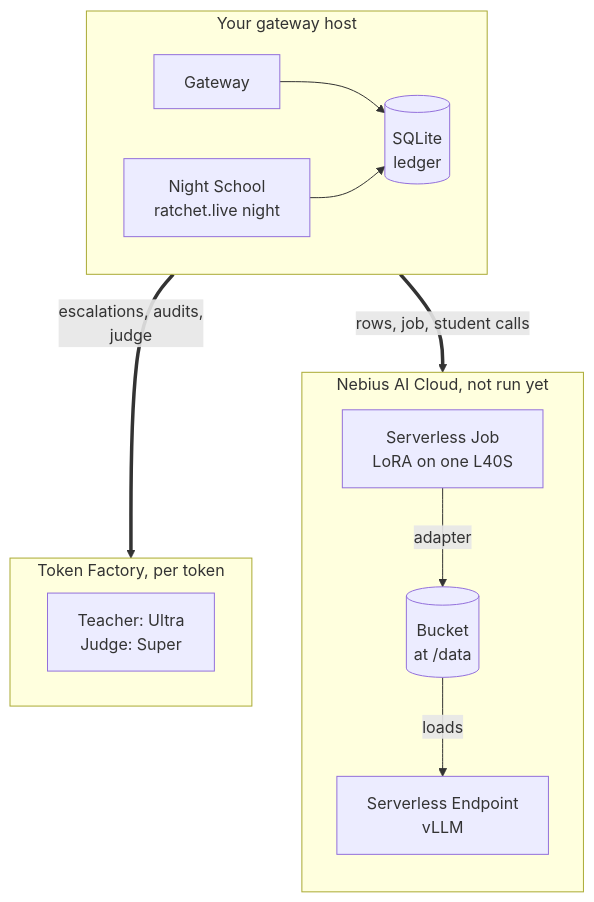
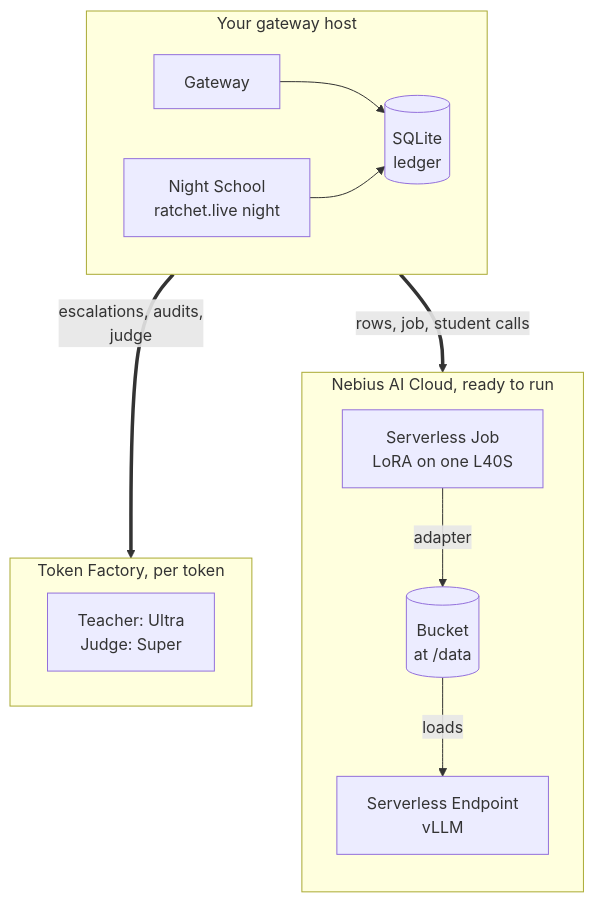
One commit to harshbhx/ratchet changed the first of 4 diagrams in docs-site/src/content/docs/guides/training-on-your-data.mdx. Above: the diagram before and after it, drawn with Mermaid. The commit also changed other lines of this file and 112 other files, not shown here.

````diff
--- a/docs-site/src/content/docs/guides/training-on-your-data.mdx
+++ b/docs-site/src/content/docs/guides/training-on-your-data.mdx
@@ -84,24 +84,24 @@
 ```mermaid
 flowchart TB
   subgraph Host["Your gateway host"]
     direction LR
     GW["Gateway"] --> DB[("SQLite<br/>ledger")]
     NS["Night School<br/>ratchet.live night"] --> DB
   end
   subgraph TF["Token Factory, per token"]
     TEA["Teacher: Ultra<br/>Judge: Super"]
   end
-  subgraph Neb["Nebius AI Cloud, not run yet"]
+  subgraph Neb["Nebius AI Cloud, ready to run"]
     direction TB
     JOB["Serverless Job<br/>LoRA on one L40S"] -->|"adapter"| BK[("Bucket<br/>at /data")]
     BK -->|"loads"| EP["Serverless Endpoint<br/>vLLM"]
   end
   Host ==>|"escalations, audits,<br/>judge"| TF
   Host ==>|"rows, job, student calls"| Neb
 
   class DB,BK store
   class TEA teacher
   class JOB,EP pending
   class TF teacherZone
   class Neb pendingZone
 ```
````
